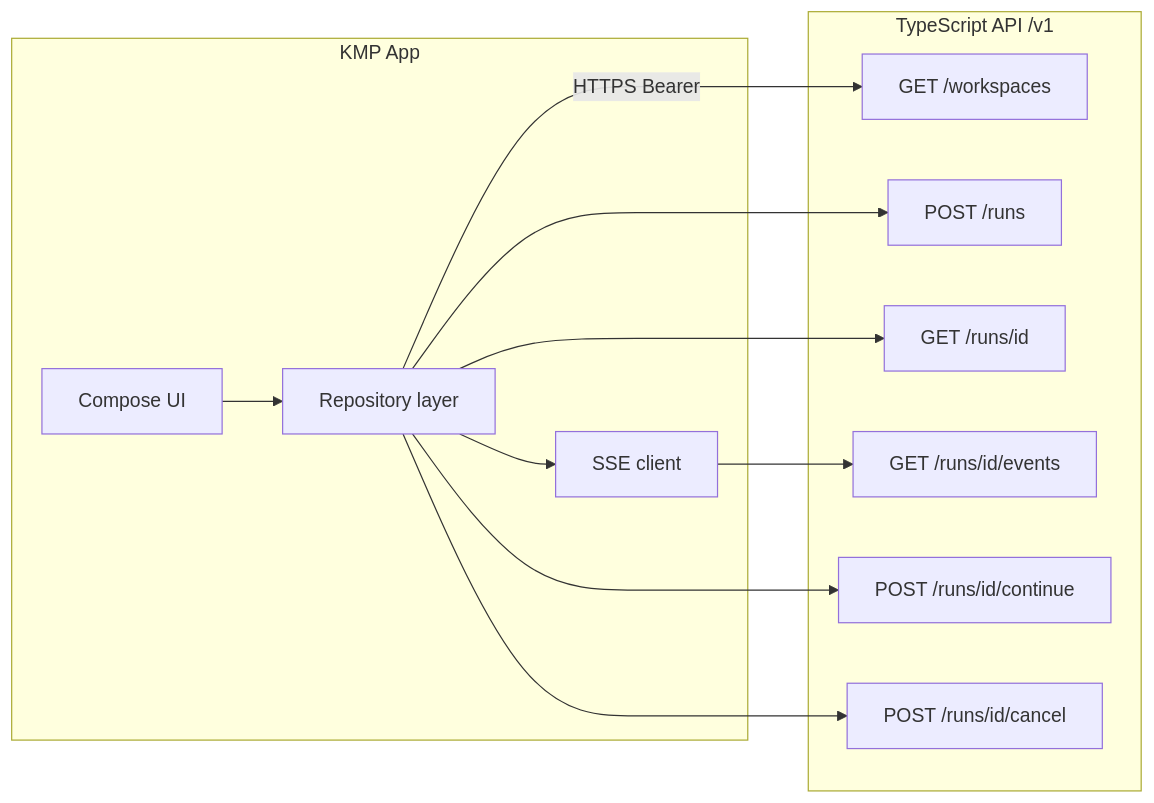
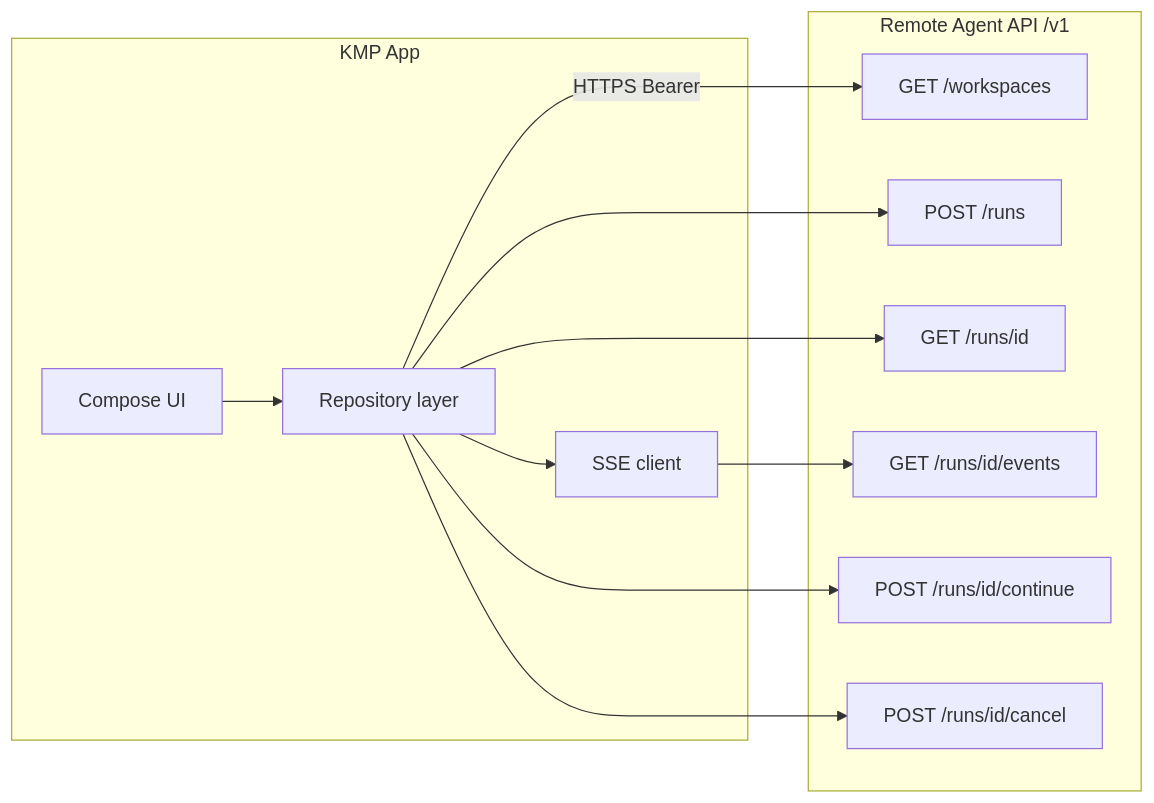
Before and after one commit to phamdt/remomo: the first of 2 diagrams in docs/remote-cursor-agent-kmp-app-spec.md, drawn with Mermaid. The commit also changed other lines of this file and 8 other files, not shown here.

````diff
--- a/docs/remote-cursor-agent-kmp-app-spec.md
+++ b/docs/remote-cursor-agent-kmp-app-spec.md
@@ -7,24 +7,24 @@
 ```mermaid
 flowchart LR
   subgraph Mobile["KMP App"]
     UI[Compose UI]
     Repo[Repository layer]
     SSE[SSE client]
   end
-  subgraph Server["TypeScript API /v1"]
+  subgraph Server["Remote Agent API /v1"]
     WS[GET /workspaces]
     CR[POST /runs]
     GS[GET /runs/id]
     EV[GET /runs/id/events]
     CO[POST /runs/id/continue]
     CA[POST /runs/id/cancel]
   end
   UI --> Repo
   Repo --> SSE
   Repo -->|HTTPS Bearer| WS
   Repo --> CR
   Repo --> GS
   SSE --> EV
   Repo --> CO
   Repo --> CA
 ```
````
